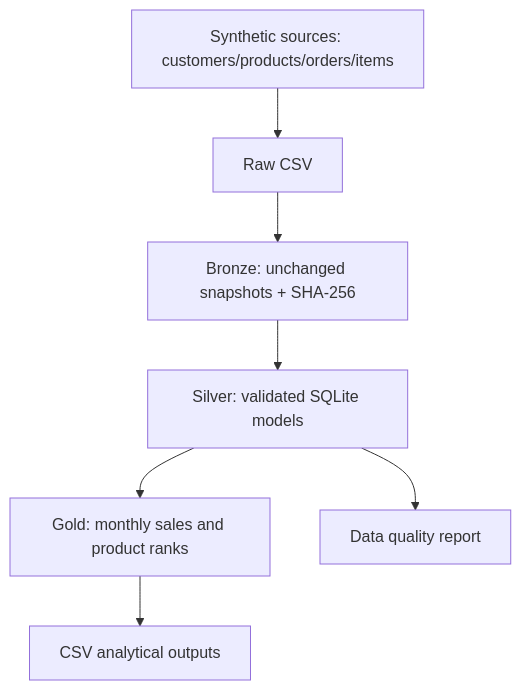
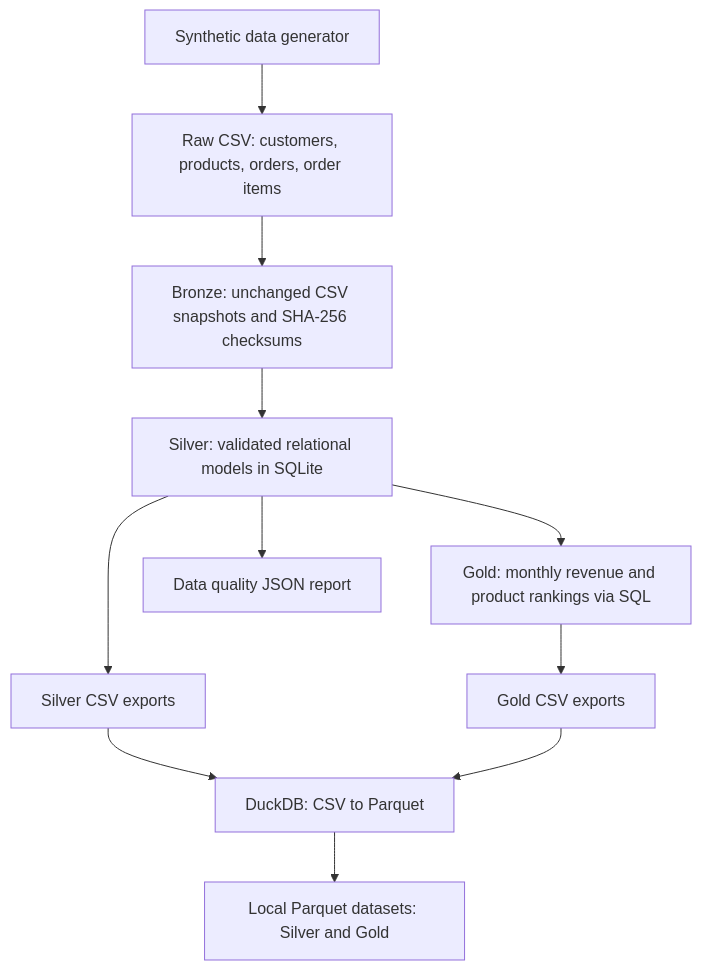
Before and after one commit to MariMecucci/beauty-commerce-intelligence: the diagram in README.md, drawn with Mermaid. The commit also changed other lines of this file, not shown here.

Commit message:
docs: update project documentation for Parquet phase

````diff
--- a/README.md
+++ b/README.md
@@ -17,9 +21,13 @@
 ```mermaid
 flowchart TD
-    A[Synthetic sources: customers/products/orders/items] --> B[Raw CSV]
-    B --> C[Bronze: unchanged snapshots + SHA-256]
-    C --> D[Silver: validated SQLite models]
-    D --> E[Gold: monthly sales and product ranks]
-    E --> F[CSV analytical outputs]
-    D --> G[Data quality report]
+    A[Synthetic data generator] --> B[Raw CSV: customers, products, orders, order items]
+    B --> C[Bronze: unchanged CSV snapshots and SHA-256 checksums]
+    C --> D[Silver: validated relational models in SQLite]
+    D --> E[Gold: monthly revenue and product rankings via SQL]
+    D --> F[Silver CSV exports]
+    E --> G[Gold CSV exports]
+    F --> H[DuckDB: CSV to Parquet]
+    G --> H
+    H --> I[Local Parquet datasets: Silver and Gold]
+    D --> J[Data quality JSON report]
 ```
````
